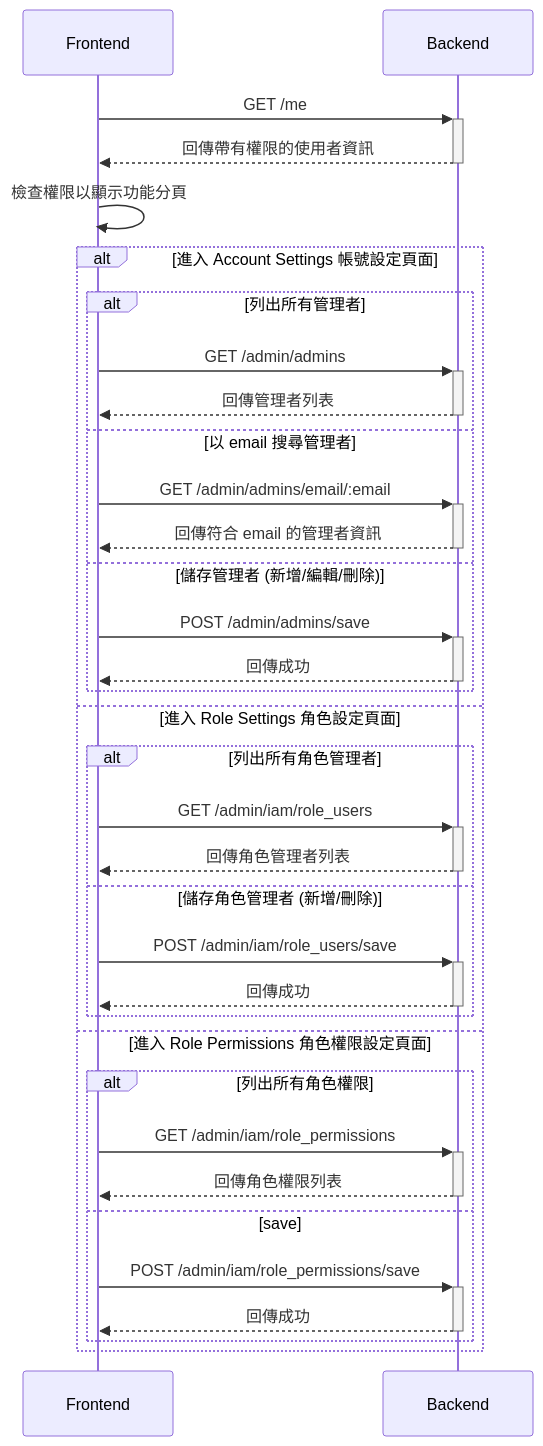
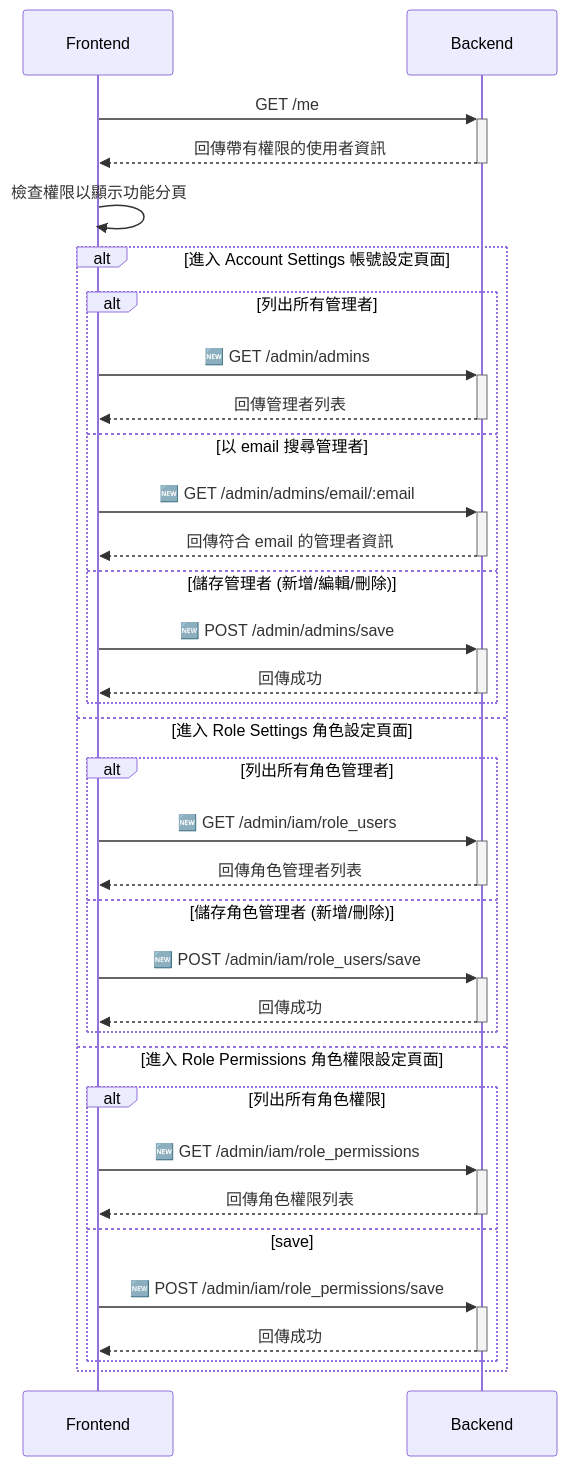
Before and after one commit to harry-tsai/notebook: the second of 3 diagrams in api/design/permission_management/README.md, drawn with Mermaid.

Commit message:
更新 API 文檔，為管理者相關的 API 路徑新增標識符

````diff
--- a/api/design/permission_management/README.md
+++ b/api/design/permission_management/README.md
@@ -41,35 +41,35 @@
 ```mermaid
 sequenceDiagram
   Frontend ->>+ Backend: GET /me
   Backend -->>- Frontend: 回傳帶有權限的使用者資訊
   Frontend ->> Frontend: 檢查權限以顯示功能分頁
 
   alt 進入 Account Settings 帳號設定頁面
     alt 列出所有管理者
-      Frontend ->>+ Backend: GET /admin/admins
+      Frontend ->>+ Backend: 🆕 GET /admin/admins
       Backend -->>- Frontend: 回傳管理者列表
     else 以 email 搜尋管理者
-      Frontend ->>+ Backend: GET /admin/admins/email/:email
+      Frontend ->>+ Backend: 🆕 GET /admin/admins/email/:email
       Backend -->>- Frontend: 回傳符合 email 的管理者資訊
     else 儲存管理者 (新增/編輯/刪除)
-      Frontend ->>+ Backend: POST /admin/admins/save
+      Frontend ->>+ Backend: 🆕 POST /admin/admins/save
       Backend -->>- Frontend: 回傳成功
     end
   else 進入 Role Settings 角色設定頁面
     alt 列出所有角色管理者
-      Frontend ->>+ Backend: GET /admin/iam/role_users
+      Frontend ->>+ Backend: 🆕 GET /admin/iam/role_users
       Backend -->>- Frontend: 回傳角色管理者列表
     else 儲存角色管理者 (新增/刪除)
-      Frontend ->>+ Backend: POST /admin/iam/role_users/save
+      Frontend ->>+ Backend: 🆕 POST /admin/iam/role_users/save
       Backend -->>- Frontend: 回傳成功
     end
   else 進入 Role Permissions 角色權限設定頁面
     alt 列出所有角色權限
-      Frontend ->>+ Backend: GET /admin/iam/role_permissions
+      Frontend ->>+ Backend: 🆕 GET /admin/iam/role_permissions
       Backend -->>- Frontend: 回傳角色權限列表
     else save
-      Frontend ->>+ Backend: POST /admin/iam/role_permissions/save
+      Frontend ->>+ Backend: 🆕 POST /admin/iam/role_permissions/save
       Backend -->>- Frontend: 回傳成功
     end
   end
 ```
````
